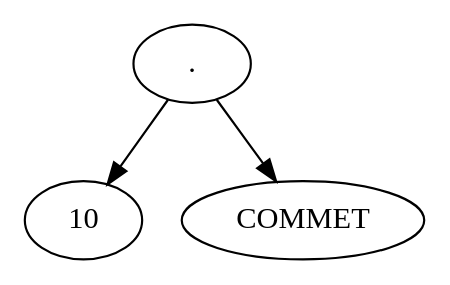
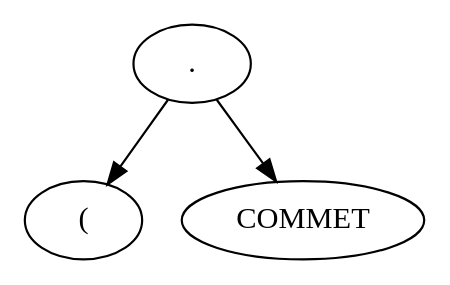
Before and after one commit to Danval-003/LexicalAnalyzer-LL1-SRL-Scanner: the diagram in backend/src/yalex/ast.dot, drawn with Graphviz. The commit also changed 7 other files, not shown here.

```diff
--- a/backend/src/yalex/ast.dot
+++ b/backend/src/yalex/ast.dot
@@ -1,8 +1,8 @@
 digraph AST {
 	NT1->N1;
 	NT1->NTK1;
-	N1 [ label="10" ];
+	N1 [ label="(" ];
 	NT1 [ label="." ];
 	NTK1 [ label="COMMET" ];
 
 }
```
